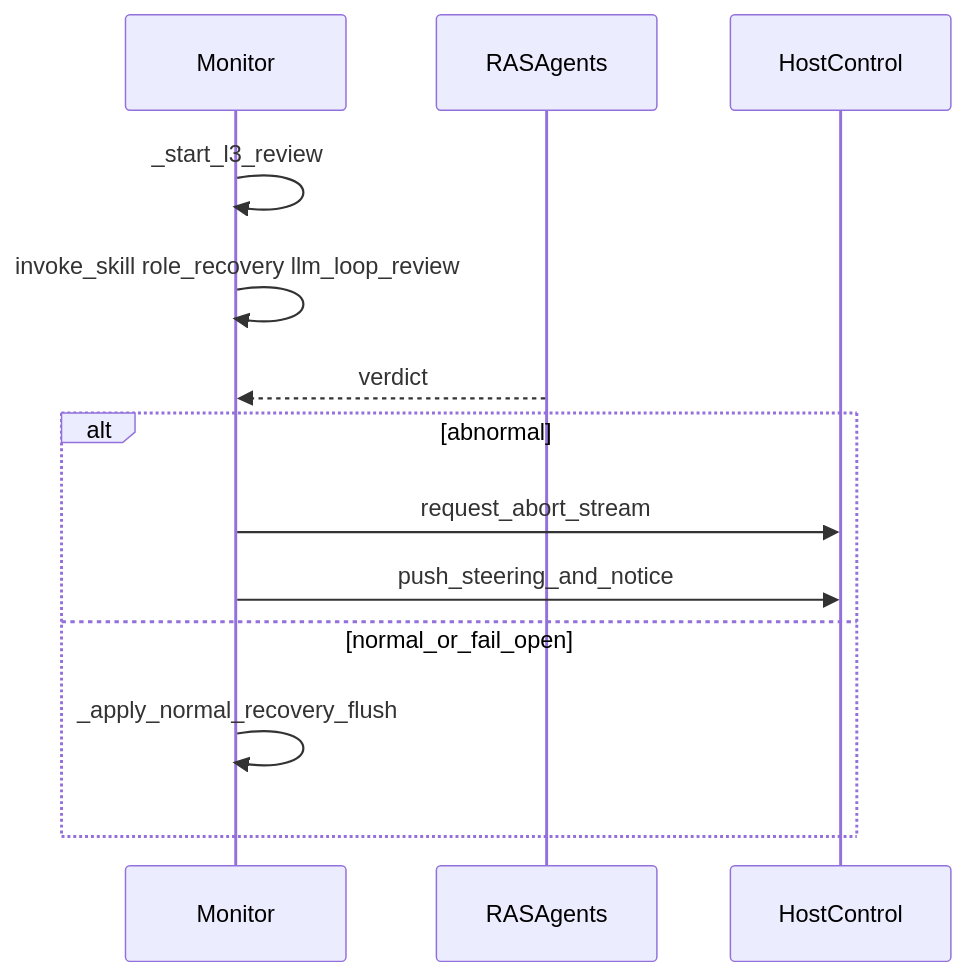
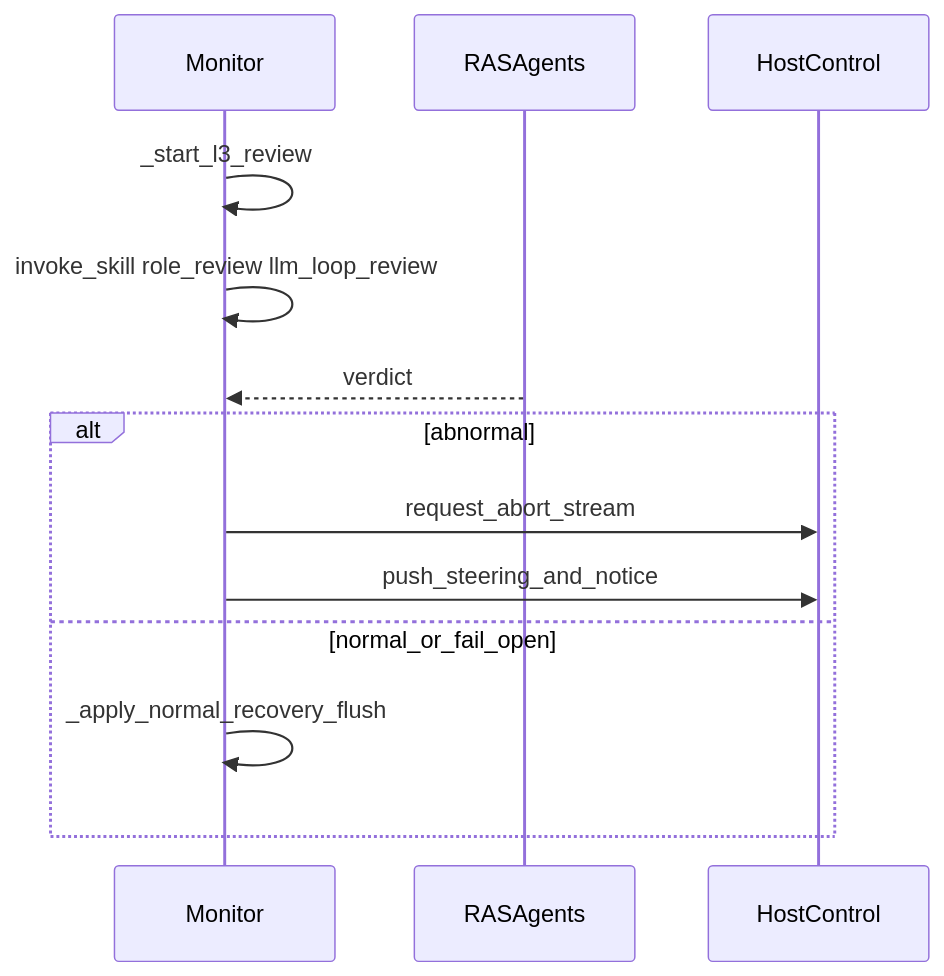
The fifth of 5 diagrams in docs/agent-ras/designs/modules/monitor.md (openeuler-mirror/agent-insight), drawn with Mermaid before and after one commit. The commit also changed other lines of this file and 36 other files, not shown here.

First line of the commit message:
feat(ras): 落地故障域三分治插件（detectors/review/recovery）

````diff
--- a/docs/agent-ras/designs/modules/monitor.md
+++ b/docs/agent-ras/designs/modules/monitor.md
@@ -182,15 +182,15 @@
 ```mermaid
 sequenceDiagram
   participant Mon as Monitor
   participant Agents as RASAgents
   participant Host as HostControl
   Mon->>Mon: _start_l3_review
-  Mon->>Mon: invoke_skill role_recovery llm_loop_review
+  Mon->>Mon: invoke_skill role_review llm_loop_review
   Agents-->>Mon: verdict
   alt abnormal
     Mon->>Host: request_abort_stream
     Mon->>Host: push_steering_and_notice
   else normal_or_fail_open
     Mon->>Mon: _apply_normal_recovery_flush
   end
 ```
````
